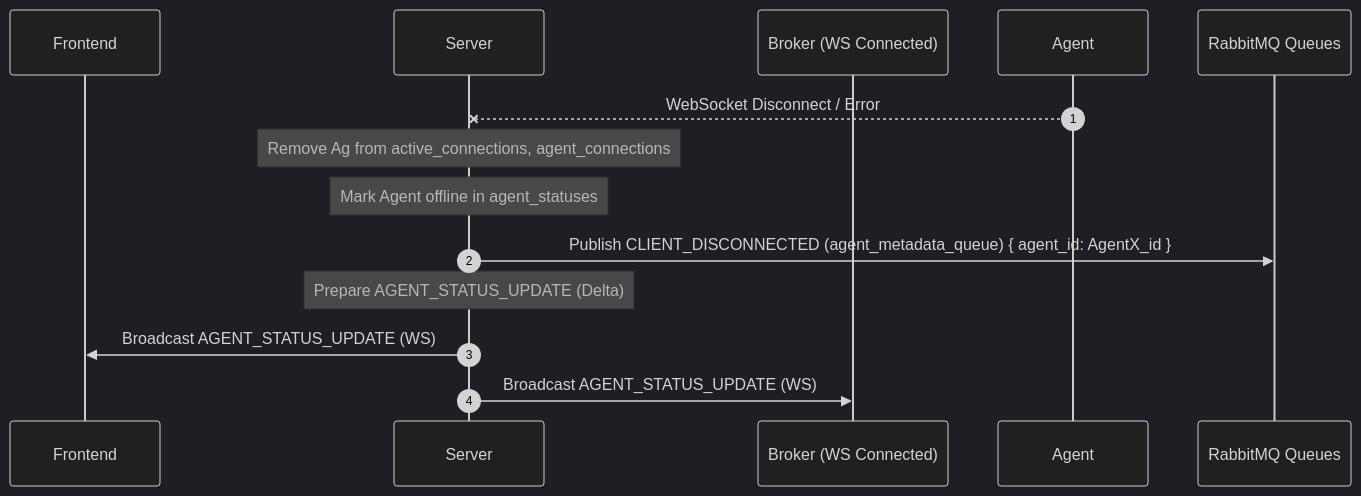
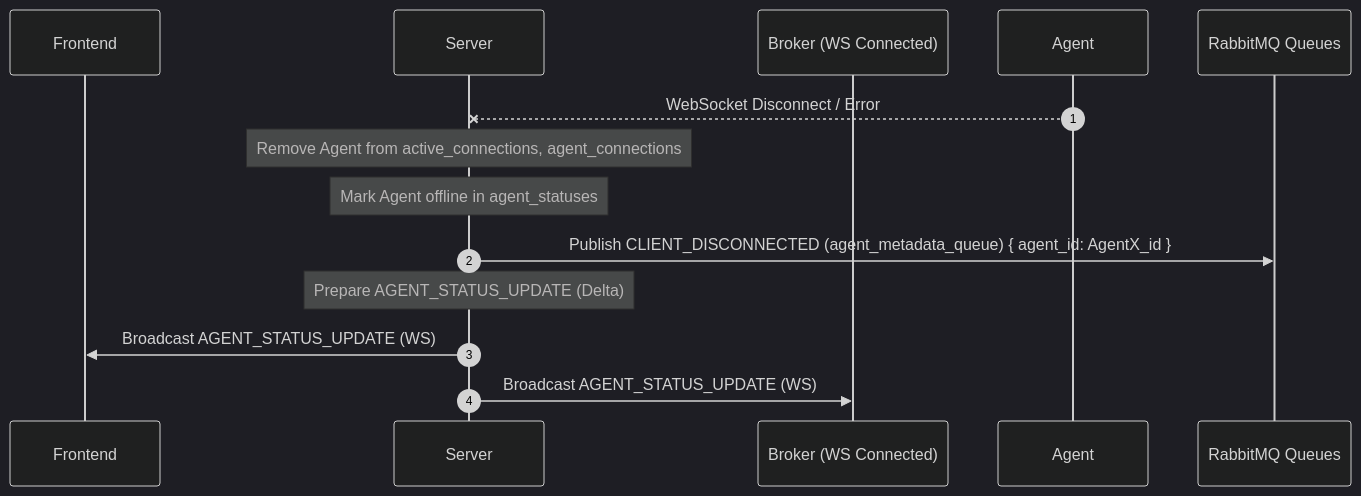
One commit to jt-f/community changed the fifth of 5 diagrams in server/README.md. Above: the diagram before and after it, drawn with Mermaid (dark theme). The commit also changed other lines of this file, not shown here.

````diff
--- a/server/README.md
+++ b/server/README.md
@@ -139,18 +139,18 @@
 ```mermaid
 sequenceDiagram
     autonumber
-    participant FE as Frontend
+    participant Frontend as Frontend
     participant Srv as Server
-    participant Bkr as Broker (WS Connected)
-    participant Ag as Agent
+    participant Broker as Broker (WS Connected)
+    participant Agent as Agent
     participant RMQ as RabbitMQ Queues
 
-    Ag--xSrv: WebSocket Disconnect / Error
-    Note over Srv: Remove Ag from active_connections, agent_connections
+    Agent--xSrv: WebSocket Disconnect / Error
+    Note over Srv: Remove Agent from active_connections, agent_connections
     Note over Srv: Mark Agent offline in agent_statuses
     Srv->>RMQ: Publish CLIENT_DISCONNECTED (agent_metadata_queue) { agent_id: AgentX_id }
     Note over Srv: Prepare AGENT_STATUS_UPDATE (Delta)
-    Srv->>FE: Broadcast AGENT_STATUS_UPDATE (WS)
-    Srv->>Bkr: Broadcast AGENT_STATUS_UPDATE (WS)
+    Srv->>Frontend: Broadcast AGENT_STATUS_UPDATE (WS)
+    Srv->>Broker: Broadcast AGENT_STATUS_UPDATE (WS)
 
 ```
````
